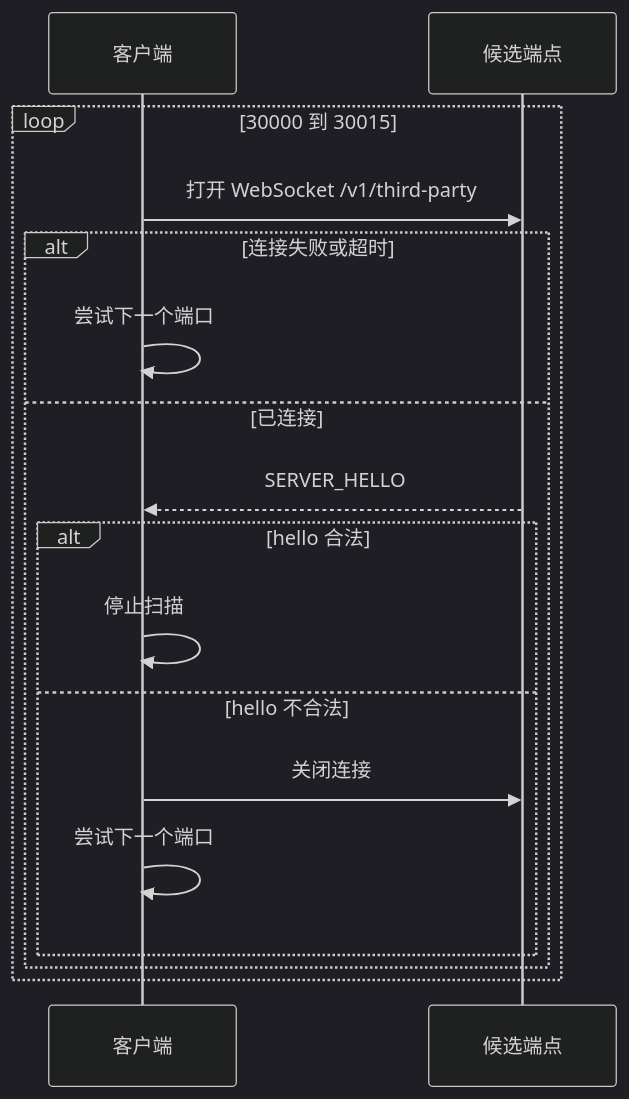
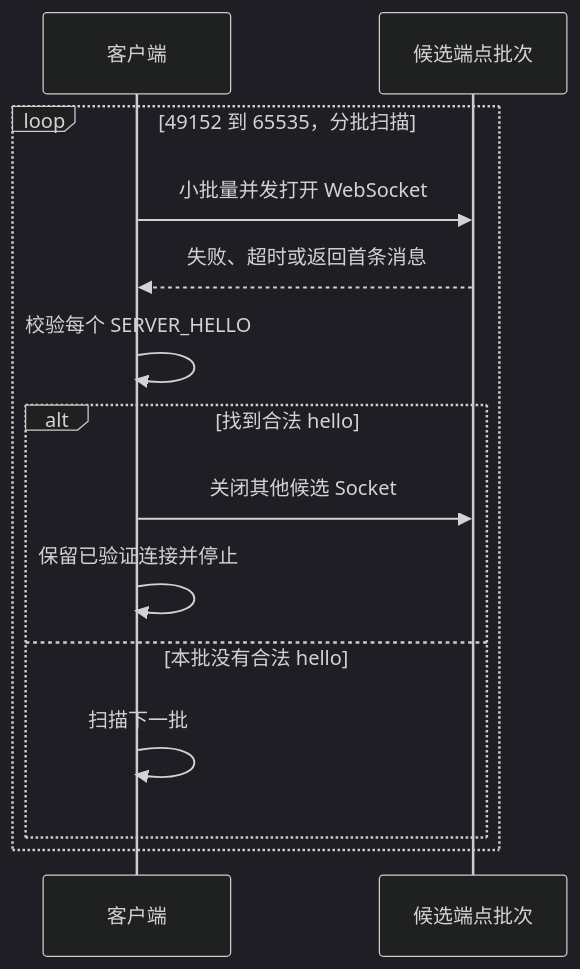
Before and after one commit to liangpeiran-bit/tiktok-live-studio-local-data-access: the first of 2 diagrams in docs/zh/protocol/connection.md, drawn with Mermaid (dark theme). The commit also changed other lines of this file and 18 other files, not shown here.

````diff
--- a/docs/zh/protocol/connection.md
+++ b/docs/zh/protocol/connection.md
@@ -22,20 +22,17 @@
 ```mermaid
 sequenceDiagram
   participant C as 客户端
-  participant E as 候选端点
+  participant B as 候选端点批次
 
-  loop 30000 到 30015
-    C->>E: 打开 WebSocket /v1/third-party
-    alt 连接失败或超时
-      C->>C: 尝试下一个端口
-    else 已连接
-      E-->>C: SERVER_HELLO
-      alt hello 合法
-        C->>C: 停止扫描
-      else hello 不合法
-        C->>E: 关闭连接
-        C->>C: 尝试下一个端口
-      end
+  loop 49152 到 65535，分批扫描
+    C->>B: 小批量并发打开 WebSocket
+    B-->>C: 失败、超时或返回首条消息
+    C->>C: 校验每个 SERVER_HELLO
+    alt 找到合法 hello
+      C->>B: 关闭其他候选 Socket
+      C->>C: 保留已验证连接并停止
+    else 本批没有合法 hello
+      C->>C: 扫描下一批
     end
   end
 ```
````
